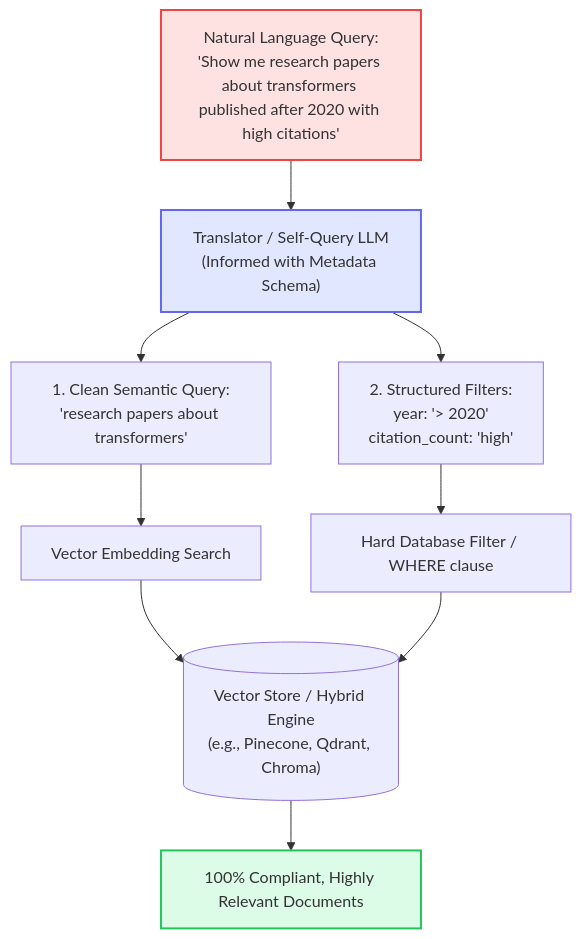
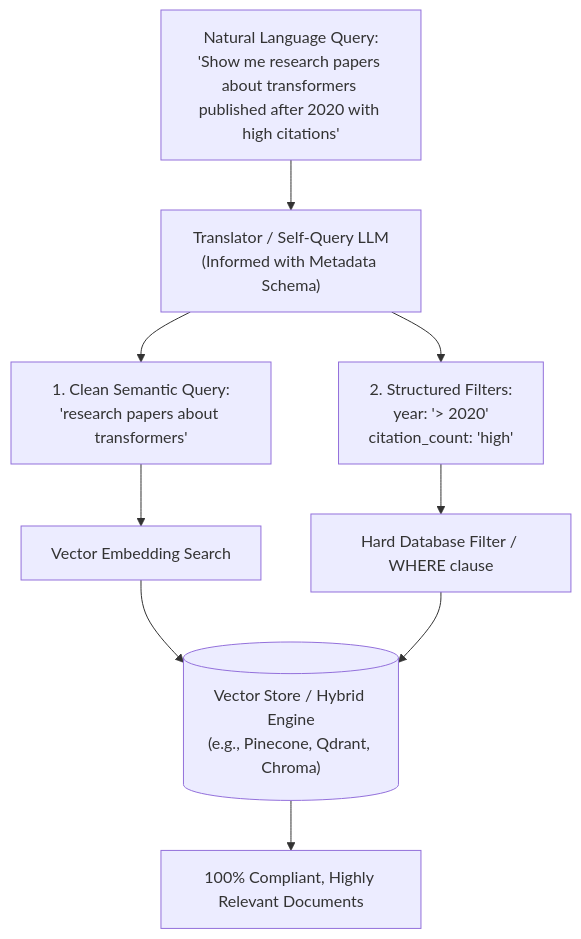
The diagram in docs/08_query_translation_to_filters.md (d-hackmt/query-transformations), drawn with Mermaid before and after one commit. The commit also changed 9 other files, not shown here.

Commit message:
style: remove hardcoded colors from all mermaid diagrams for clean native theme rendering

````diff
--- a/docs/08_query_translation_to_filters.md
+++ b/docs/08_query_translation_to_filters.md
@@ -32,17 +32,14 @@
 ```mermaid
 flowchart TD
     NaturalQ["Natural Language Query:<br/>'Show me research papers about transformers published after 2020 with high citations'"] --> Parser["Translator / Self-Query LLM<br/>(Informed with Metadata Schema)"]
     
     Parser --> Split1["1. Clean Semantic Query:<br/>'research papers about transformers'"]
     Parser --> Split2["2. Structured Filters:<br/>year: '> 2020'<br/>citation_count: 'high'"]
     
     Split1 --> VectorSearch["Vector Embedding Search"]
     Split2 --> MetadataFilter["Hard Database Filter / WHERE clause"]
     
     VectorSearch & MetadataFilter --> HybridRetrieval[("Vector Store / Hybrid Engine<br/>(e.g., Pinecone, Qdrant, Chroma)")]
     HybridRetrieval --> FilteredResults["100% Compliant, Highly Relevant Documents"]
     
-    style NaturalQ fill:#fee2e2,stroke:#ef4444,stroke-width:2px
-    style Parser fill:#e0e7ff,stroke:#6366f1,stroke-width:2px
-    style FilteredResults fill:#dcfce7,stroke:#22c55e,stroke-width:2px
 ```
````
